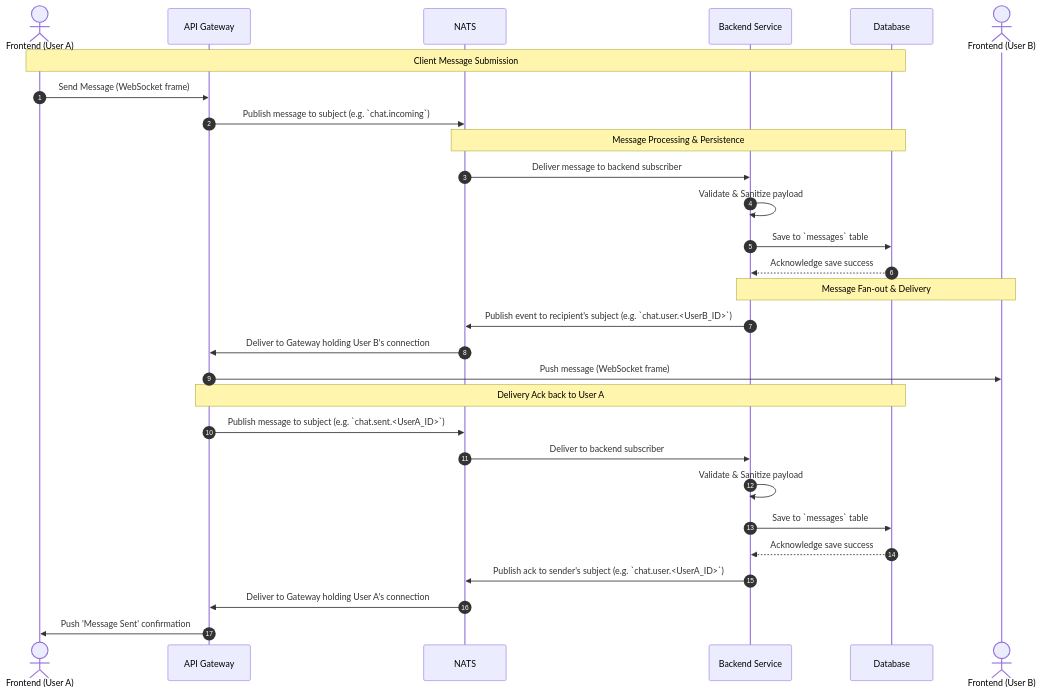
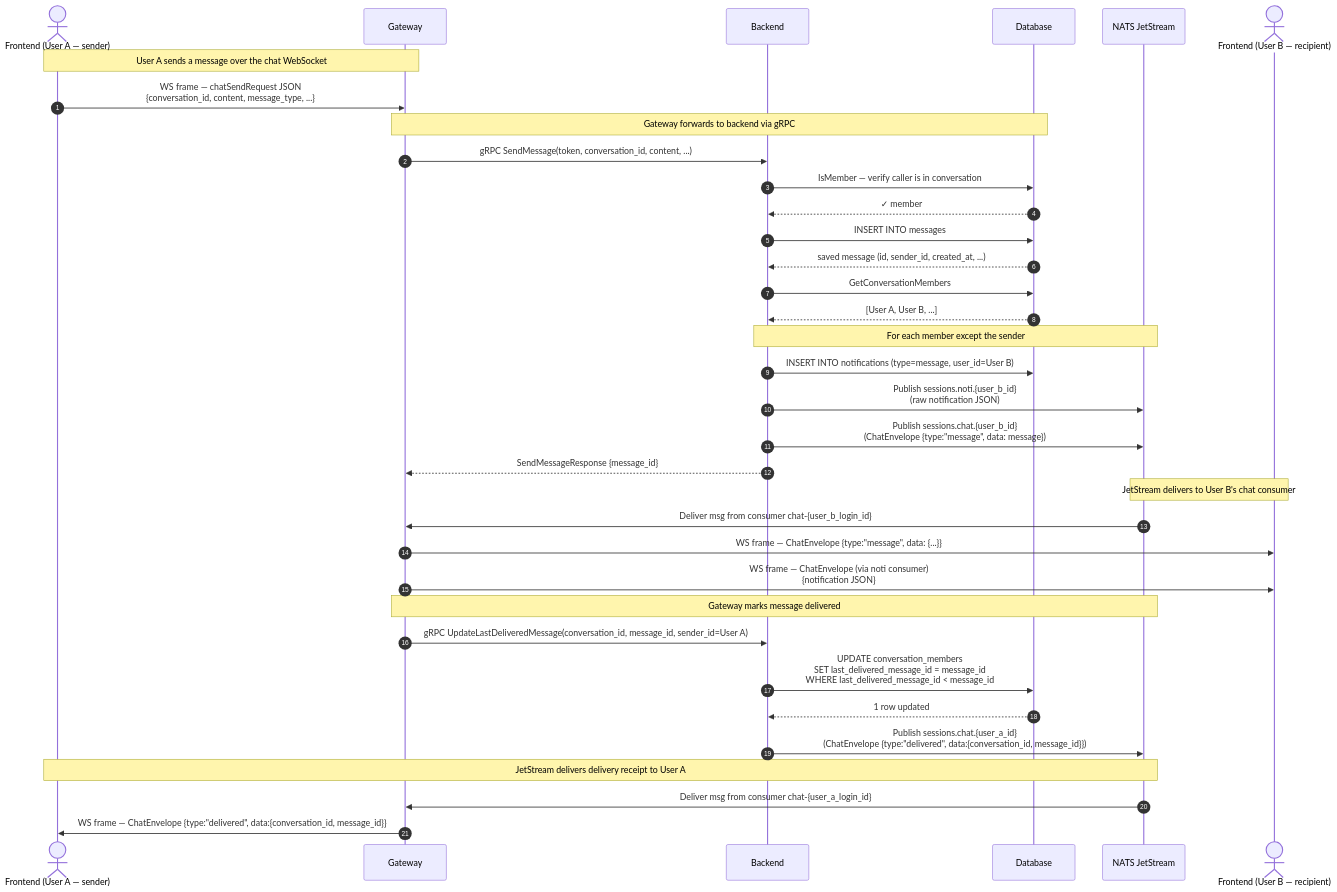
One commit to zukigit/chat changed the first of 2 diagrams in docs/chat_streaming.md. Above: the diagram before and after it, drawn with Mermaid. The commit also changed other lines of this file and 5 other files, not shown here.

````diff
--- a/docs/chat_streaming.md
+++ b/docs/chat_streaming.md
@@ -9,36 +39,47 @@
 ```mermaid
 sequenceDiagram
     autonumber
-    
-    actor F1 as Frontend (User A)
-    participant GW as API Gateway
-    participant NQ as NATS
-    participant BE as Backend Service
+
+    actor A  as Frontend (User A — sender)
+    participant GW as Gateway
+    participant BE as Backend
     participant DB as Database
-    actor F2 as Frontend (User B)
+    participant NQ as NATS JetStream
+    actor B  as Frontend (User B — recipient)
 
-    note over F1, DB: Client Message Submission
-    F1->>GW: Send Message (WebSocket frame)
-    GW->>NQ: Publish message to subject (e.g. `chat.incoming`)
-    
-    note over NQ, DB: Message Processing & Persistence
-    NQ->>BE: Deliver message to backend subscriber
-    BE->>BE: Validate & Sanitize payload
-    BE->>DB: Save to `messages` table
-    DB-->>BE: Acknowledge save success
-    
-    note over BE, F2: Message Fan-out & Delivery
-    BE->>NQ: Publish event to recipient's subject (e.g. `chat.user.<UserB_ID>`)
-    NQ->>GW: Deliver to Gateway holding User B's connection
-    GW->>F2: Push message (WebSocket frame)
-    
-    note over GW, DB: Delivery Ack back to User A
-    GW->>NQ: Publish message to subject (e.g. `chat.sent.<UserA_ID>`)
-    NQ->>BE: Deliver to backend subscriber
-    BE->>BE: Validate & Sanitize payload
-    BE->>DB: Save to `messages` table
-    DB-->>BE: Acknowledge save success
-    BE->>NQ: Publish ack to sender's subject (e.g. `chat.user.<UserA_ID>`)
-    NQ->>GW: Deliver to Gateway holding User A's connection
-    GW->>F1: Push 'Message Sent' confirmation
+    note over A, GW: User A sends a message over the chat WebSocket
+    A->>GW: WS frame — chatSendRequest JSON<br/>{conversation_id, content, message_type, ...}
+
+    note over GW, DB: Gateway forwards to backend via gRPC
+    GW->>BE: gRPC SendMessage(token, conversation_id, content, ...)
+    BE->>DB: IsMember — verify caller is in conversation
+    DB-->>BE: ✓ member
+
+    BE->>DB: INSERT INTO messages
+    DB-->>BE: saved message (id, sender_id, created_at, ...)
+
+    BE->>DB: GetConversationMembers
+    DB-->>BE: [User A, User B, ...]
+
+    note over BE, NQ: For each member except the sender
+    BE->>DB: INSERT INTO notifications (type=message, user_id=User B)
+    BE->>NQ: Publish sessions.noti.{user_b_id}<br/>(raw notification JSON)
+    BE->>NQ: Publish sessions.chat.{user_b_id}<br/>(ChatEnvelope {type:"message", data: message})
+
+    BE-->>GW: SendMessageResponse {message_id}
+
+    note over NQ, B: JetStream delivers to User B's chat consumer
+    NQ->>GW: Deliver msg from consumer chat-{user_b_login_id}
+    GW->>B: WS frame — ChatEnvelope {type:"message", data: {...}}
+    GW->>B: WS frame — ChatEnvelope (via noti consumer)<br/>{notification JSON}
+
+    note over GW, NQ: Gateway marks message delivered
+    GW->>BE: gRPC UpdateLastDeliveredMessage(conversation_id, message_id, sender_id=User A)
+    BE->>DB: UPDATE conversation_members<br/>SET last_delivered_message_id = message_id<br/>WHERE last_delivered_message_id < message_id
+    DB-->>BE: 1 row updated
+    BE->>NQ: Publish sessions.chat.{user_a_id}<br/>(ChatEnvelope {type:"delivered", data:{conversation_id, message_id}})
+
+    note over NQ, A: JetStream delivers delivery receipt to User A
+    NQ->>GW: Deliver msg from consumer chat-{user_a_login_id}
+    GW->>A: WS frame — ChatEnvelope {type:"delivered", data:{conversation_id, message_id}}
 ```
````
